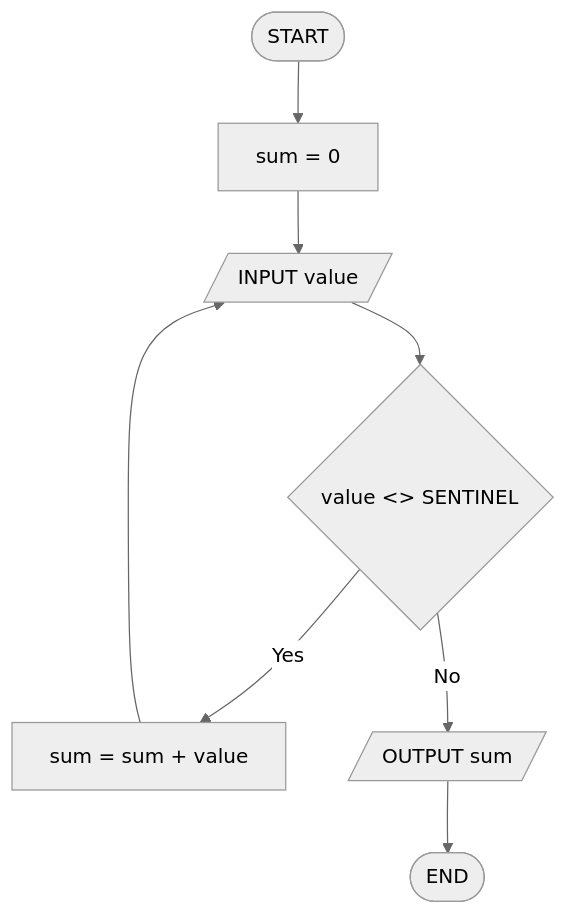
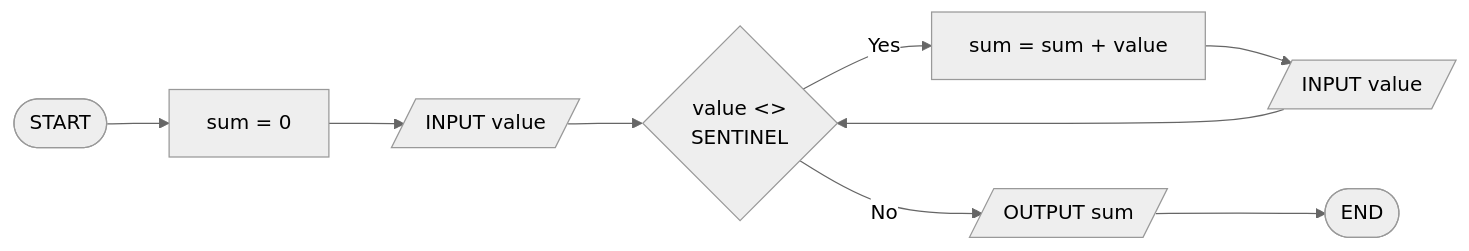
Before and after one commit to ISIBrussels/methodo-algo: the third of 3 diagrams in docs/seances/03/cours_seance_03.md, drawn with Mermaid (neutral theme). The commit also changed other lines of this file and 2 other files, not shown here.

First line of the commit message:
fix(docs): S3 slides 8/13 flowcharts lisibles (LR + junctions)

````diff
--- a/docs/seances/03/cours_seance_03.md
+++ b/docs/seances/03/cours_seance_03.md
@@ -294,10 +278,11 @@
 ```mermaid
-flowchart TB
+flowchart LR
   A([START]) --> B["sum = 0"]
   B --> C[/INPUT value/]
-  C --> D{value <> SENTINEL}
+  C --> D{"value <><br/>SENTINEL"}
   D -->|Yes| E["sum = sum + value"]
-  E --> C
+  E --> C2[/INPUT value/]
+  C2 --> D
   D -->|No| F[/OUTPUT sum/]
   F --> G([END])
 ```
````
